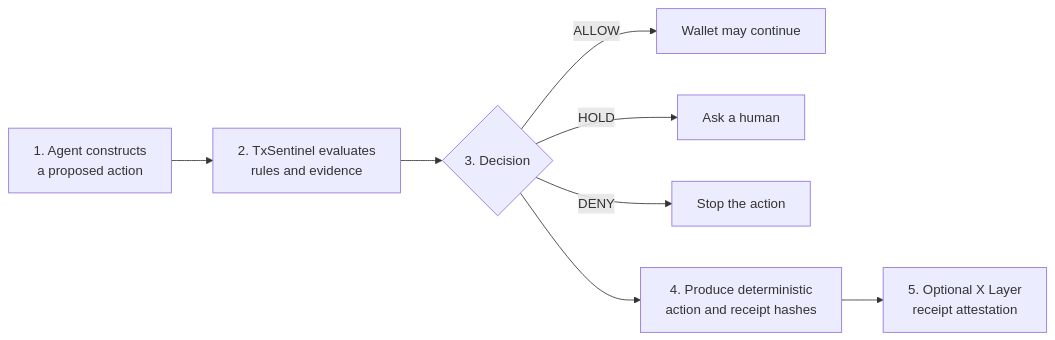
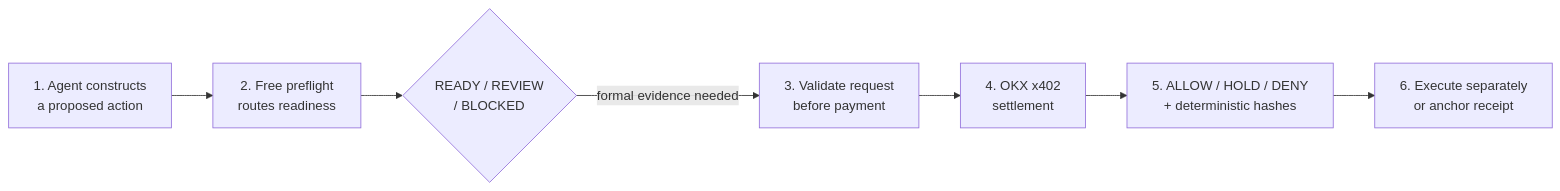
The diagram in docs/diagrams/visual-mental-model.mmd (FeeeeelixWong/txsentinel-okx), drawn with Mermaid before and after one commit. The commit also changed 38 other files, not shown here.

Commit message:
Separate free preflight from formal x402 checks

```diff
--- a/docs/diagrams/visual-mental-model.mmd
+++ b/docs/diagrams/visual-mental-model.mmd
@@ -1,8 +1,7 @@
 flowchart LR
-  A["1. Agent constructs<br/>a proposed action"] --> B["2. TxSentinel evaluates<br/>rules and evidence"]
-  B --> C{"3. Decision"}
-  C -->|"ALLOW"| D["Wallet may continue"]
-  C -->|"HOLD"| E["Ask a human"]
-  C -->|"DENY"| F["Stop the action"]
-  C --> G["4. Produce deterministic<br/>action and receipt hashes"]
-  G --> H["5. Optional X Layer<br/>receipt attestation"]
+  A["1. Agent constructs<br/>a proposed action"] --> B["2. Free preflight<br/>routes readiness"]
+  B --> C{"READY / REVIEW<br/>/ BLOCKED"}
+  C -->|"formal evidence needed"| D["3. Validate request<br/>before payment"]
+  D --> E["4. OKX x402<br/>settlement"]
+  E --> F["5. ALLOW / HOLD / DENY<br/>+ deterministic hashes"]
+  F --> G["6. Execute separately<br/>or anchor receipt"]
```
